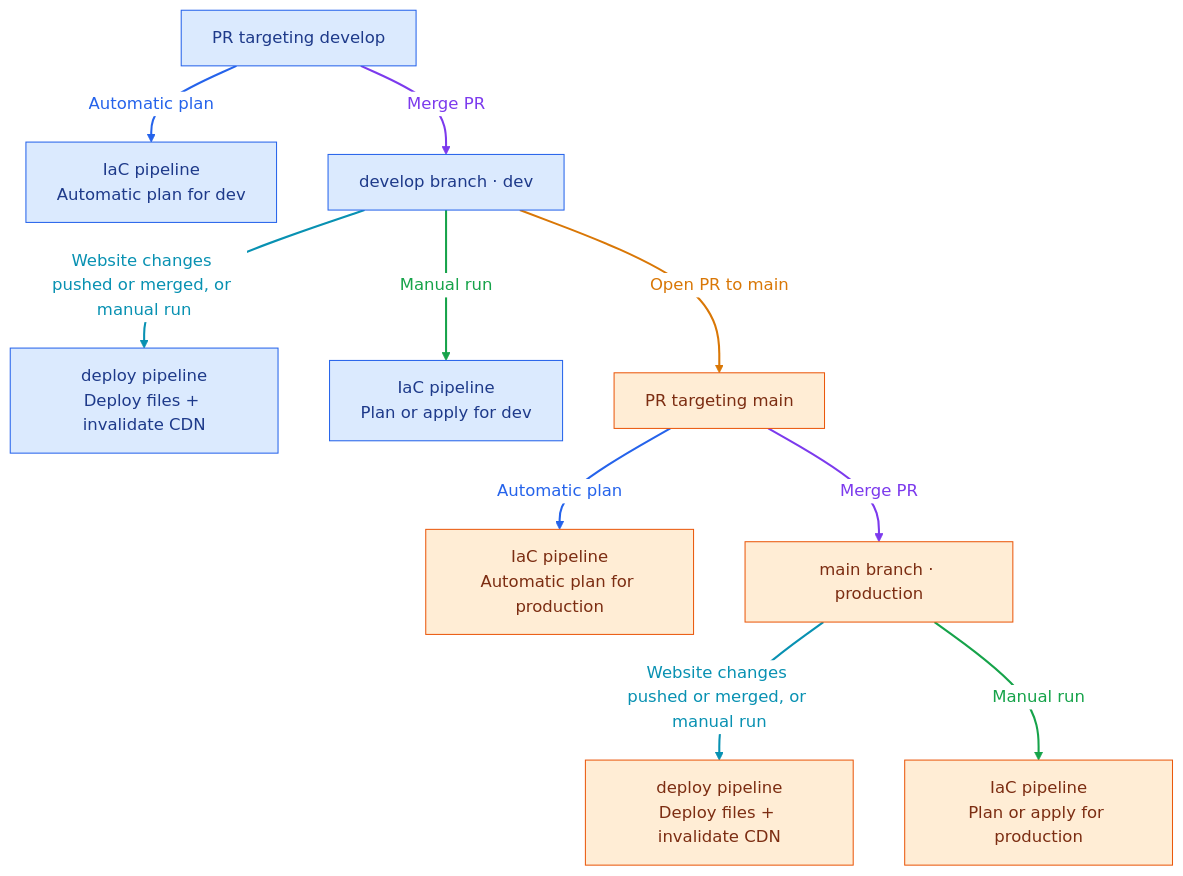
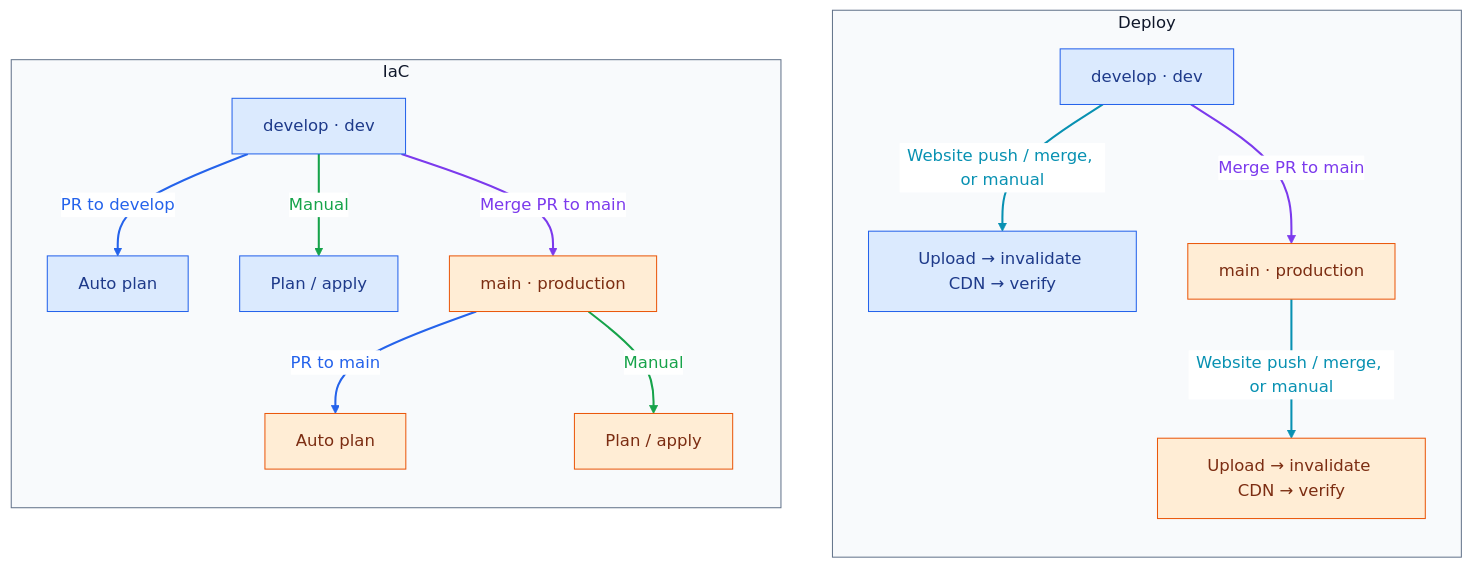
The second of 2 diagrams in README.md (gtaufic/my-website), drawn with Mermaid (neutral theme) before and after one commit. The commit also changed other lines of this file and 1 other file, not shown here.

Commit message:
readme changes

````diff
--- a/README.md
+++ b/README.md
@@ -19,24 +21,32 @@
 ```mermaid
-flowchart TB
-    dev_pr["PR targeting develop"] -->|Automatic plan| dev_plan["IaC pipeline<br/>Automatic plan for dev"]
-    dev_pr -->|Merge PR| develop["develop branch · dev"]
-    develop -->|Website changes pushed or merged, or manual run| dev_website["deploy pipeline<br/>Deploy files + invalidate CDN"]
-    develop -->|Manual run| dev_iac["IaC pipeline<br/>Plan or apply for dev"]
-    develop -->|Open PR to main| production_pr["PR targeting main"]
-    production_pr -->|Automatic plan| production_plan["IaC pipeline<br/>Automatic plan for production"]
-    production_pr -->|Merge PR| main["main branch · production"]
-    main -->|Website changes pushed or merged, or manual run| production_website["deploy pipeline<br/>Deploy files + invalidate CDN"]
-    main -->|Manual run| production_iac["IaC pipeline<br/>Plan or apply for production"]
+flowchart LR
+    subgraph iac_lane["IaC"]
+        direction TB
+        iac_dev["develop · dev"] -->|PR to develop| dev_plan["Auto plan"]
+        iac_dev -->|Manual| dev_apply["Plan / apply"]
+        iac_dev -->|Merge PR to main| iac_prod["main · production"]
+        iac_prod -->|PR to main| prod_plan["Auto plan"]
+        iac_prod -->|Manual| prod_apply["Plan / apply"]
+    end
+
+    subgraph deploy_lane["Deploy"]
+        direction TB
+        deploy_dev["develop · dev"] -->|Website push / merge, or manual| dev_release["Upload → invalidate CDN → verify"]
+        deploy_dev -->|Merge PR to main| deploy_prod["main · production"]
+        deploy_prod -->|Website push / merge, or manual| prod_release["Upload → invalidate CDN → verify"]
+    end
+
+    iac_lane ~~~ deploy_lane
 
     classDef dev fill:#dbeafe,stroke:#2563eb,color:#1e3a8a
     classDef production fill:#ffedd5,stroke:#ea580c,color:#7c2d12
-    class dev_pr,dev_plan,develop,dev_website,dev_iac dev
-    class production_pr,production_plan,main,production_website,production_iac production
+    class iac_dev,dev_plan,dev_apply,deploy_dev,dev_release dev
+    class iac_prod,prod_plan,prod_apply,deploy_prod,prod_release production
+    style iac_lane fill:#f8fafc,stroke:#64748b,color:#0f172a
+    style deploy_lane fill:#f8fafc,stroke:#64748b,color:#0f172a
 
-    %% Operation colors: plan, merge, deploy, manual run, and open PR.
-    linkStyle 0,5 stroke:#2563eb,color:#2563eb,stroke-width:2px
-    linkStyle 1,6 stroke:#7c3aed,color:#7c3aed,stroke-width:2px
-    linkStyle 2,7 stroke:#0891b2,color:#0891b2,stroke-width:2px
-    linkStyle 3,8 stroke:#16a34a,color:#16a34a,stroke-width:2px
-    linkStyle 4 stroke:#d97706,color:#d97706,stroke-width:2px
+    linkStyle 0,3 stroke:#2563eb,color:#2563eb,stroke-width:2px
+    linkStyle 1,4 stroke:#16a34a,color:#16a34a,stroke-width:2px
+    linkStyle 2,6 stroke:#7c3aed,color:#7c3aed,stroke-width:2px
+    linkStyle 5,7 stroke:#0891b2,color:#0891b2,stroke-width:2px
 ```
````
